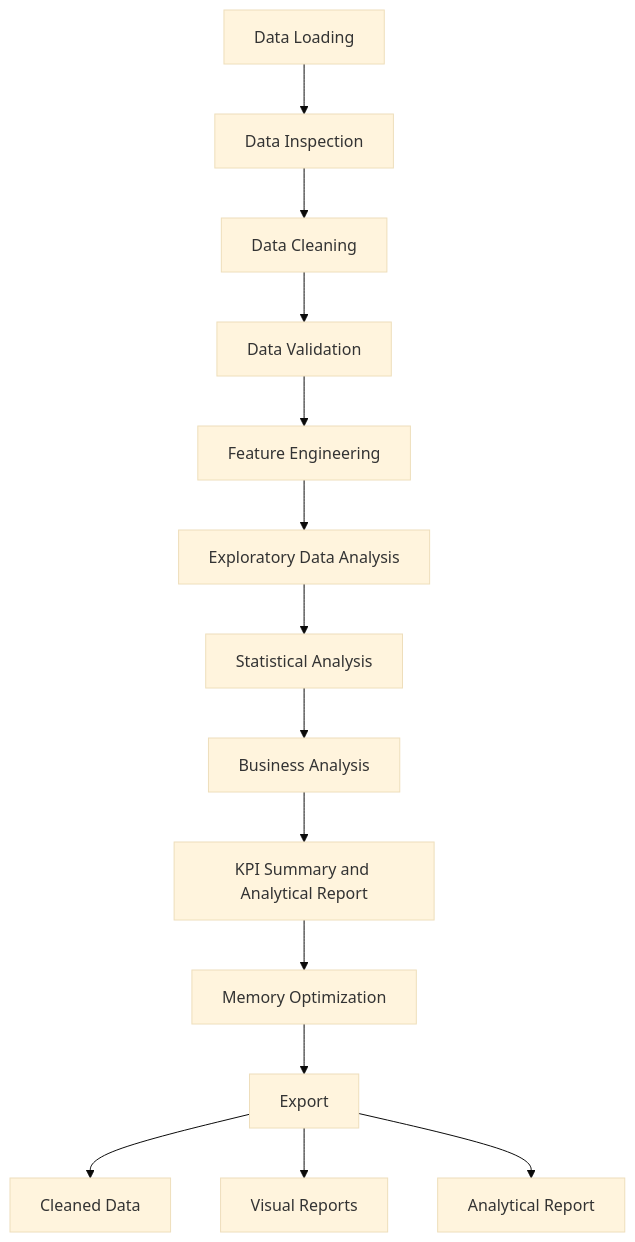
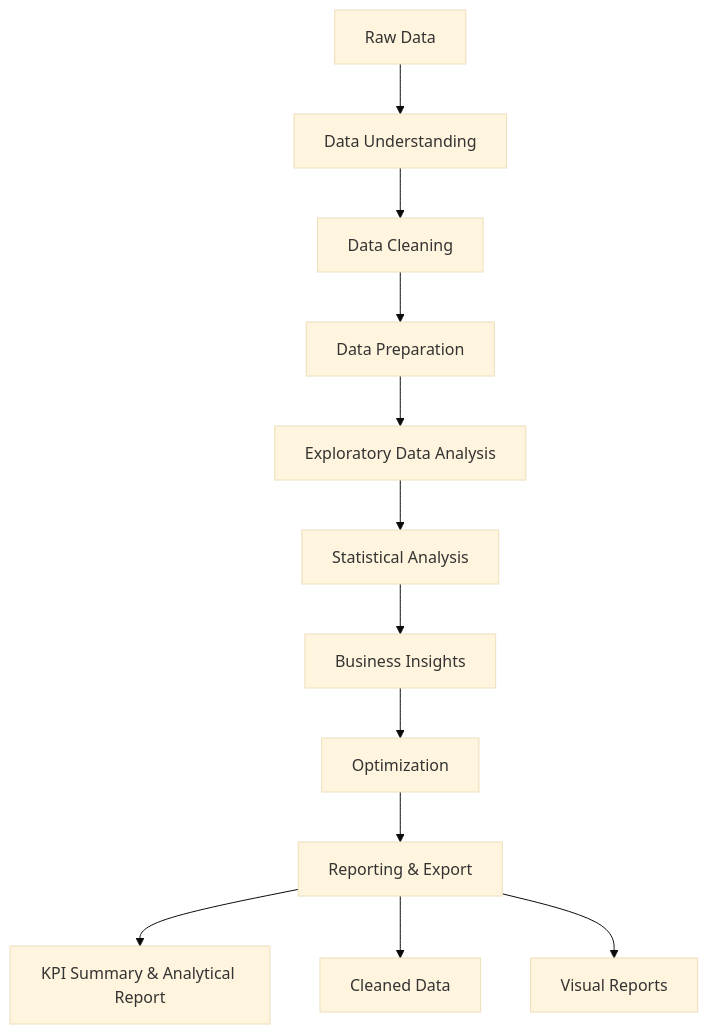
One commit to AbdulrhmanBI/Superstore2019_Analysis changed the diagram in README.md. Above: the diagram before and after it, drawn with Mermaid (base theme). The commit also changed other lines of this file, not shown here.

````diff
--- a/README.md
+++ b/README.md
@@ -23,16 +23,15 @@
 ```mermaid
 flowchart TD
-    A[Data Loading] --> B[Data Inspection]
+    A[Raw Data] --> B[Data Understanding]
     B --> C[Data Cleaning]
-    C --> D[Data Validation]
-    D --> E[Feature Engineering]
-    E --> F[Exploratory Data Analysis]
-    F --> G[Statistical Analysis]
-    G --> H[Business Analysis]
-    H --> I[KPI Summary and Analytical Report]
-    I --> J[Memory Optimization]
-    J --> K[Export]
-    K --> L[Cleaned Data]
-    K --> M[Visual Reports]
-    K --> N[Analytical Report]
+    C --> D[Data Preparation]
+    D --> E[Exploratory Data Analysis]
+    E --> F[Statistical Analysis]
+    F --> G[Business Insights]
+    G --> H[Optimization]
+    H --> I[Reporting & Export]
+
+    I --> J[KPI Summary & Analytical Report]
+    I --> K[Cleaned Data]
+    I --> L[Visual Reports]
 ```
````
